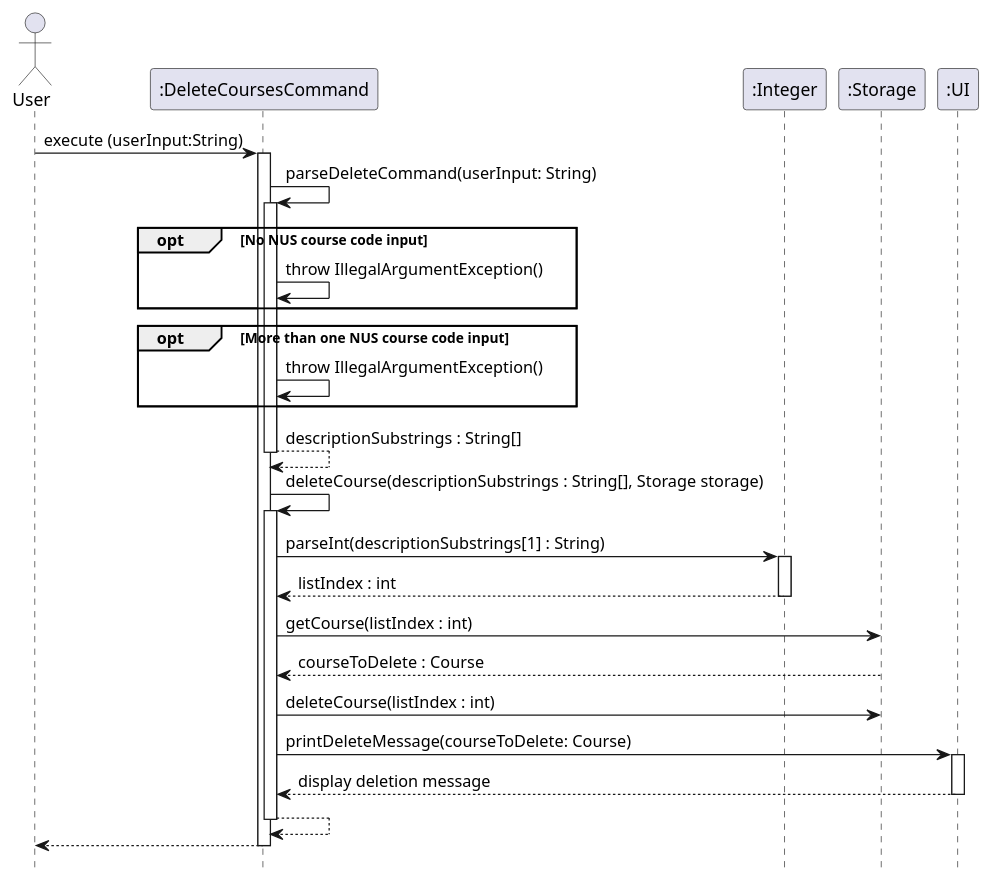
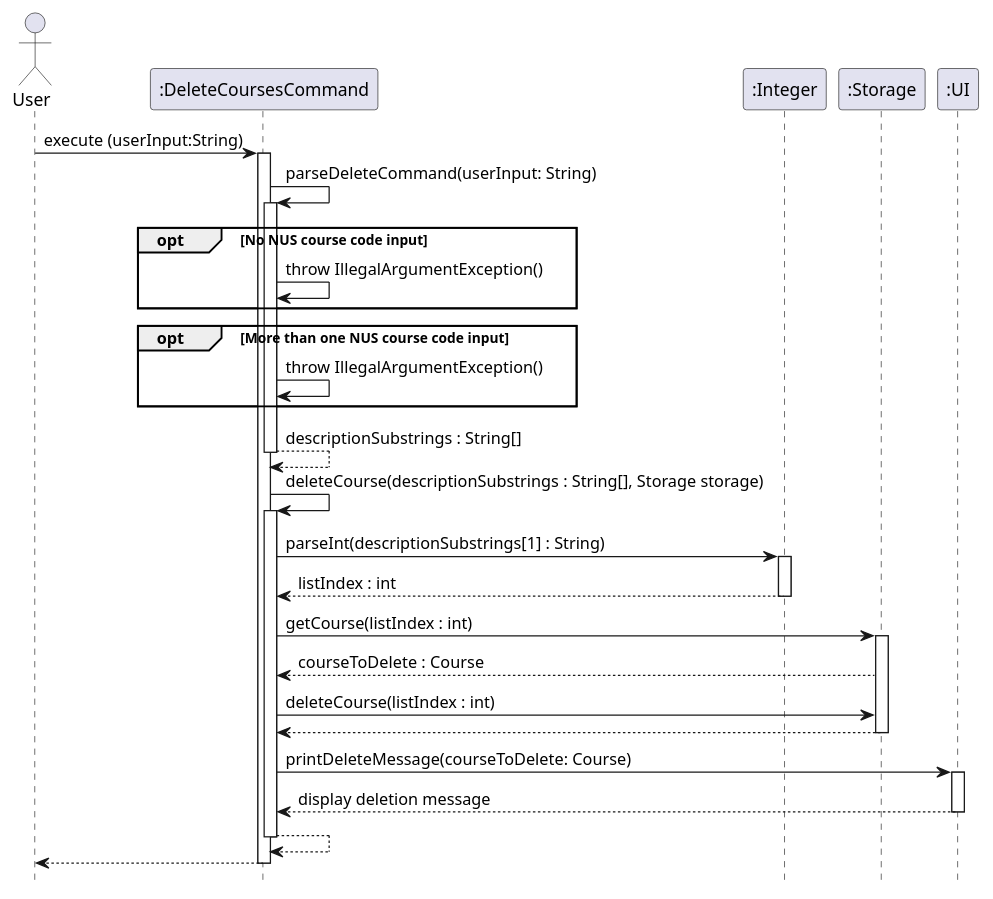
Before and after one commit to nus-cs2113-AY2425S1/tp: the diagram in docs/diagrams/DeleteCoursesCommand.puml, drawn with PlantUML.

Commit message:
Add activation bar to Storage

```diff
--- a/docs/diagrams/DeleteCoursesCommand.puml
+++ b/docs/diagrams/DeleteCoursesCommand.puml
@@ -1,44 +1,47 @@
 @startuml
 hide footbox
 
 actor User
 participant ":DeleteCoursesCommand" as DeleteCoursesCommand
 participant ":Integer" as Integer
 participant ":Storage" as Storage
 participant ":UI" as UI
 
 User -> DeleteCoursesCommand: execute (userInput:String)
 activate DeleteCoursesCommand
 
 DeleteCoursesCommand -> DeleteCoursesCommand: parseDeleteCommand(userInput: String)
 activate DeleteCoursesCommand
 opt No NUS course code input
     DeleteCoursesCommand->DeleteCoursesCommand: throw IllegalArgumentException()
 end
 opt More than one NUS course code input
     DeleteCoursesCommand->DeleteCoursesCommand: throw IllegalArgumentException()
 end
 return descriptionSubstrings : String[]
 
 DeleteCoursesCommand -> DeleteCoursesCommand: deleteCourse(descriptionSubstrings : String[], Storage storage)
 activate DeleteCoursesCommand
 
 DeleteCoursesCommand -> Integer: parseInt(descriptionSubstrings[1] : String)
 activate Integer
 return listIndex : int
 
 DeleteCoursesCommand -> Storage: getCourse(listIndex : int)
+activate Storage
 Storage --> DeleteCoursesCommand: courseToDelete : Course
 DeleteCoursesCommand -> Storage: deleteCourse(listIndex : int)
+Storage --> DeleteCoursesCommand
+deactivate Storage
 
 DeleteCoursesCommand -> UI: printDeleteMessage(courseToDelete: Course)
 activate UI
 UI --> DeleteCoursesCommand: display deletion message
 deactivate UI
 
 DeleteCoursesCommand --> DeleteCoursesCommand
 deactivate DeleteCoursesCommand
 
 DeleteCoursesCommand --> User
 deactivate DeleteCoursesCommand
 @enduml
```
